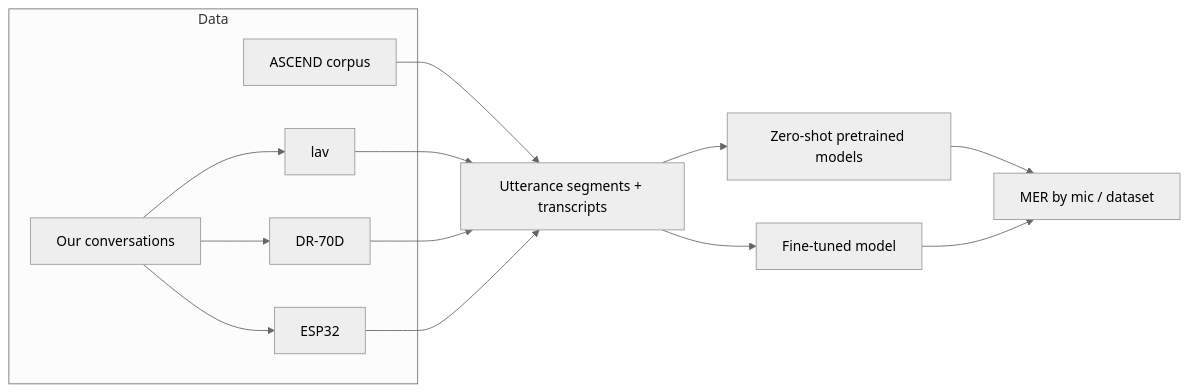
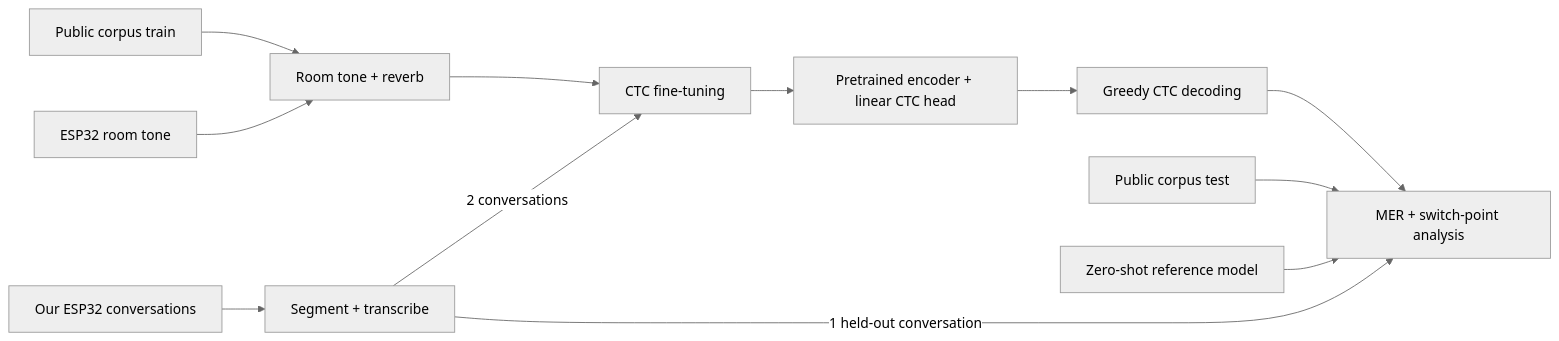
One commit to Stellaris-Gallery/CodeSwitch-ASR changed the diagram in README.md. Above: the diagram before and after it, drawn with Mermaid (neutral theme). The commit also changed other lines of this file and 18 other files, not shown here.

First line of the commit message:
Update project design: CTC model, single ESP32 mic, noise augmentation

````diff
--- a/README.md
+++ b/README.md
@@ -49,17 +52,14 @@
 ```mermaid
 flowchart LR
-    subgraph Data
-        A[ASCEND corpus]
-        B[Our conversations] --> B1[lav]
-        B --> B2[DR-70D]
-        B --> B3[ESP32]
-    end
-    A --> C[Utterance segments + transcripts]
-    B1 --> C
-    B2 --> C
-    B3 --> C
-    C --> D[Zero-shot pretrained models]
-    C --> E[Fine-tuned model]
-    D --> F[MER by mic / dataset]
-    E --> F
+    A[Public corpus train] --> N[Room tone + reverb]
+    R[ESP32 room tone] --> N
+    N --> T[CTC fine-tuning]
+    O[Our ESP32 conversations] --> S[Segment + transcribe]
+    S -->|2 conversations| T
+    T --> M[Pretrained encoder + linear CTC head]
+    M --> D[Greedy CTC decoding]
+    S -->|1 held-out conversation| E
+    P[Public corpus test] --> E
+    D --> E[MER + switch-point analysis]
+    Z[Zero-shot reference model] --> E
 ```
````
